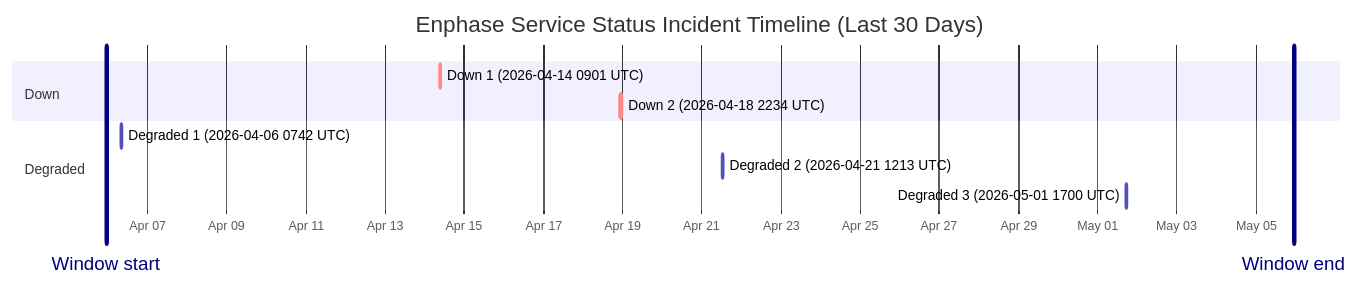
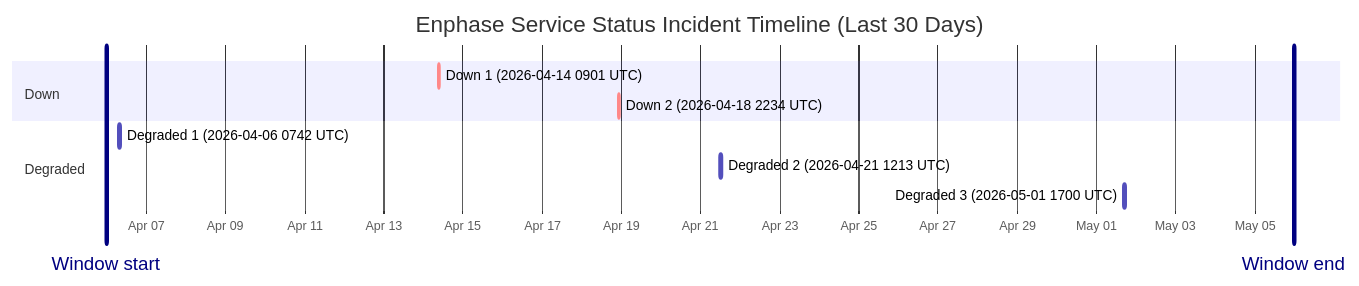
Before and after one commit to barneyonline/ha-enphase-ev-charger: the diagram in wiki/Service-Status-History.md, drawn with Mermaid. The commit also changed other lines of this file and 3 other files, not shown here.

````diff
--- a/wiki/Service-Status-History.md
+++ b/wiki/Service-Status-History.md
@@ -14,15 +14,15 @@
 ```mermaid
 gantt
     title Enphase Service Status Incident Timeline (Last 30 Days)
     dateFormat  YYYY-MM-DDTHH:mm:ss
     axisFormat  %b %d
-    Window start :vert, window-start, 2026-04-05T22:54:02, 0ms
-    Window end :vert, window-end, 2026-05-05T22:54:02, 0ms
+    Window start :vert, window-start, 2026-04-05T23:46:12, 0ms
+    Window end :vert, window-end, 2026-05-05T23:46:12, 0ms
     section Down
     Down 1 (2026-04-14 0901 UTC) :crit, down-1, 2026-04-14T09:01:13, 60m
     Down 2 (2026-04-18 2234 UTC) :crit, down-2, 2026-04-18T22:34:13, 60m
     section Degraded
     Degraded 1 (2026-04-06 0742 UTC) :active, degraded-1, 2026-04-06T07:42:09, 85m
     Degraded 2 (2026-04-21 1213 UTC) :active, degraded-2, 2026-04-21T12:13:11, 60m
     Degraded 3 (2026-05-01 1700 UTC) :active, degraded-3, 2026-05-01T17:00:22, 60m
 ```
````
